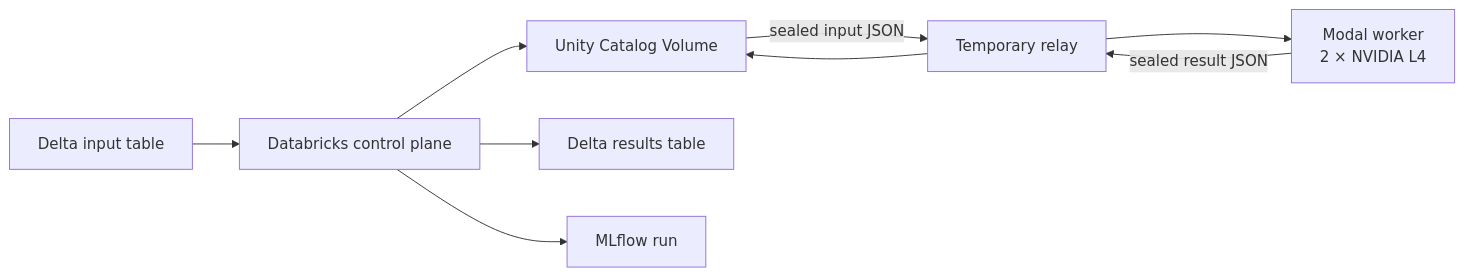
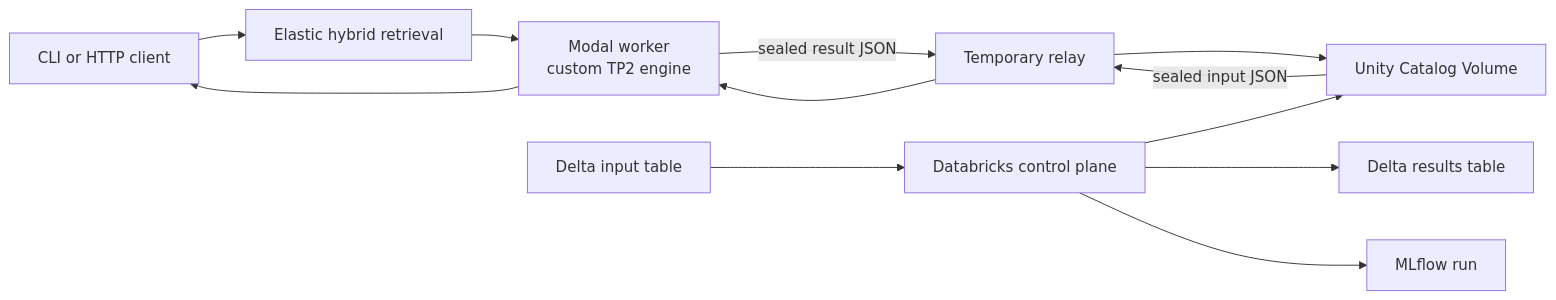
One commit to zeeshan8281/shardserve changed the diagram in README.md. Above: the diagram before and after it, drawn with Mermaid. The commit also changed other lines of this file and 4 other files, not shown here.

Commit message:
docs: record live Elastic retrieval evidence

````diff
--- a/README.md
+++ b/README.md
@@ -27,11 +26,14 @@
 ```mermaid
 flowchart LR
+    U[CLI or HTTP client] --> E[Elastic hybrid retrieval]
+    E --> M[Modal worker<br/>custom TP2 engine]
+    M --> U
     I[Delta input table] --> D[Databricks control plane]
     D --> V[Unity Catalog Volume]
     V -->|sealed input JSON| R[Temporary relay]
-    R --> M[Modal worker<br/>2 × NVIDIA L4]
+    R --> M
     M -->|sealed result JSON| R
     R --> V
     D --> O[Delta results table]
     D --> F[MLflow run]
 ```
````
